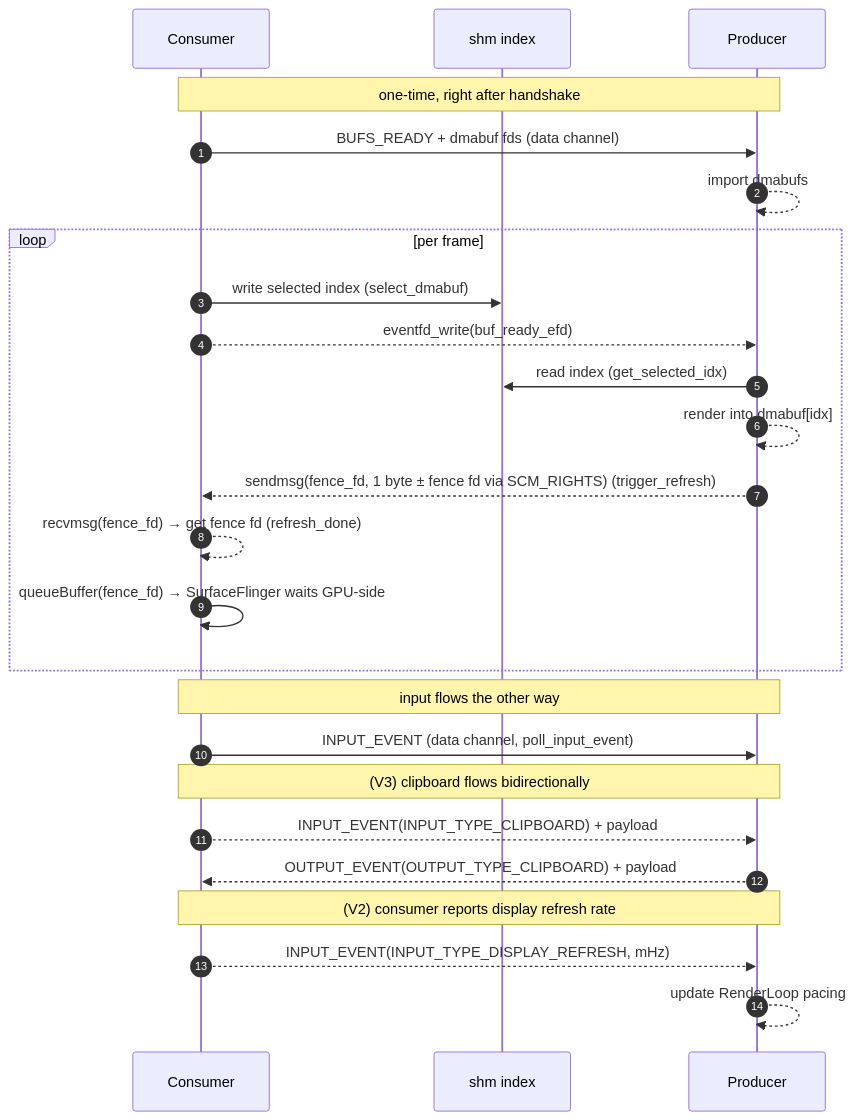
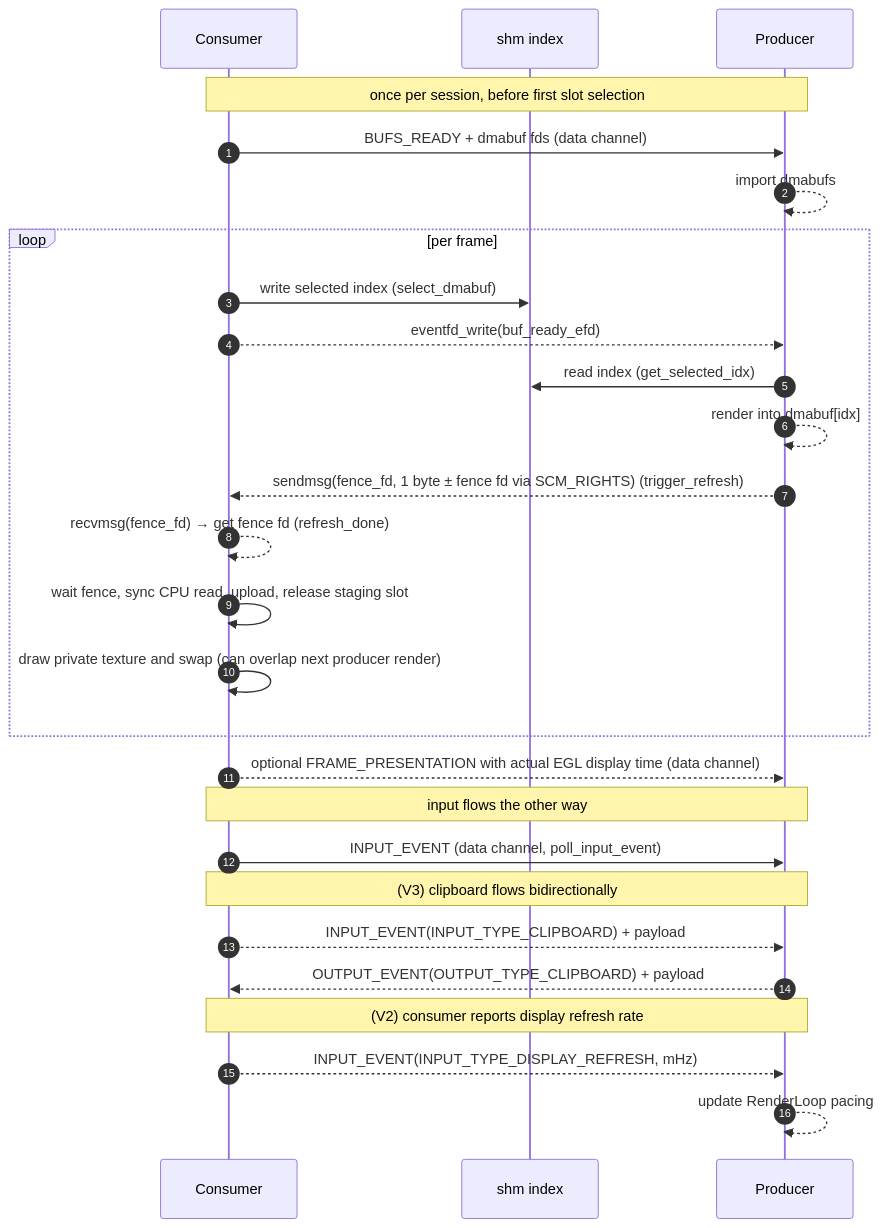
The first of 4 diagrams in README.md (NEURAX-FX/anland), drawn with Mermaid before and after one commit. The commit also changed other lines of this file and 33 other files, not shown here.

````diff
--- a/README.md
+++ b/README.md
@@ -368,32 +374,35 @@
 ```mermaid
 sequenceDiagram
     autonumber
     participant C as Consumer
     participant SHM as shm index
     participant P as Producer
 
-    Note over C,P: one‑time, right after handshake
+    Note over C,P: once per session, before first slot selection
     C->>P: BUFS_READY + dmabuf fds (data channel)
     P-->>P: import dmabufs
 
     loop per frame
         C->>SHM: write selected index (select_dmabuf)
         C-->>P: eventfd_write(buf_ready_efd)
         P->>SHM: read index (get_selected_idx)
         P-->>P: render into dmabuf[idx]
         P-->>C: sendmsg(fence_fd, 1 byte ± fence fd via SCM_RIGHTS) (trigger_refresh)
         C-->>C: recvmsg(fence_fd) → get fence fd (refresh_done)
-        C->>C: queueBuffer(fence_fd) → SurfaceFlinger waits GPU-side
+        C->>C: wait fence, sync CPU read, upload, release staging slot
+        C->>C: draw private texture and swap (can overlap next producer render)
     end
+
+    C-->>P: optional FRAME_PRESENTATION with actual EGL display time (data channel)
 
     Note over C,P: input flows the other way
     C->>P: INPUT_EVENT (data channel, poll_input_event)
 
     Note over C,P: (V3) clipboard flows bidirectionally
     C-->>P: INPUT_EVENT(INPUT_TYPE_CLIPBOARD) + payload
     P-->>C: OUTPUT_EVENT(OUTPUT_TYPE_CLIPBOARD) + payload
 
     Note over C,P: (V2) consumer reports display refresh rate
     C-->>P: INPUT_EVENT(INPUT_TYPE_DISPLAY_REFRESH, mHz)
     P-->>P: update RenderLoop pacing
 ```
````
